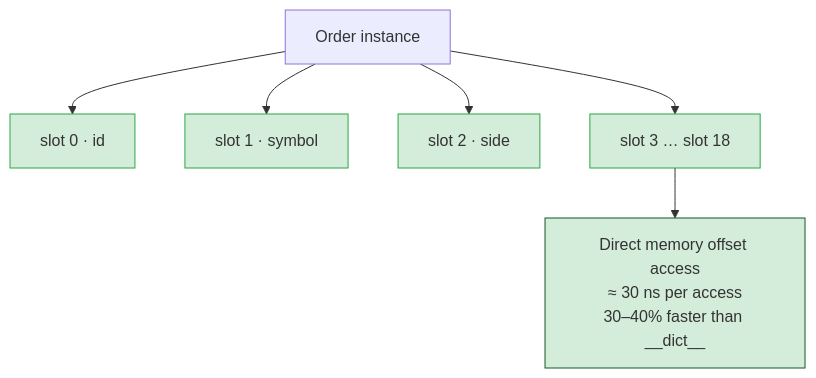
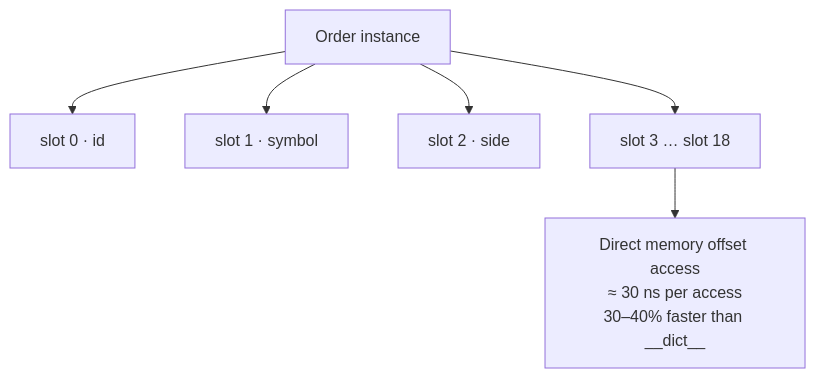
The second of 10 diagrams in docs/architecture/02-architecture-guide.md (johan162/EduMatcher), drawn with Mermaid before and after one commit. The commit also changed other lines of this file, not shown here.

Commit message:
Cleaned up Mermaid graphs

````diff
--- a/docs/architecture/02-architecture-guide.md
+++ b/docs/architecture/02-architecture-guide.md
@@ -169,19 +167,14 @@
 ```mermaid
 graph TD
     OBJ2["Order instance"]
     S0["slot 0 · id"]
     S1["slot 1 · symbol"]
     S2["slot 2 · side"]
     SN["slot 3 … slot 18"]
     COST2["Direct memory offset access\n≈ 30 ns per access\n30–40% faster than __dict__"]
     OBJ2 --> S0
     OBJ2 --> S1
     OBJ2 --> S2
     OBJ2 --> SN
     SN --> COST2
-    style S0 fill:#d4edda,stroke:#28a745
-    style S1 fill:#d4edda,stroke:#28a745
-    style S2 fill:#d4edda,stroke:#28a745
-    style SN fill:#d4edda,stroke:#28a745
-    style COST2 fill:#d4edda,stroke:#155724
 ```
````
